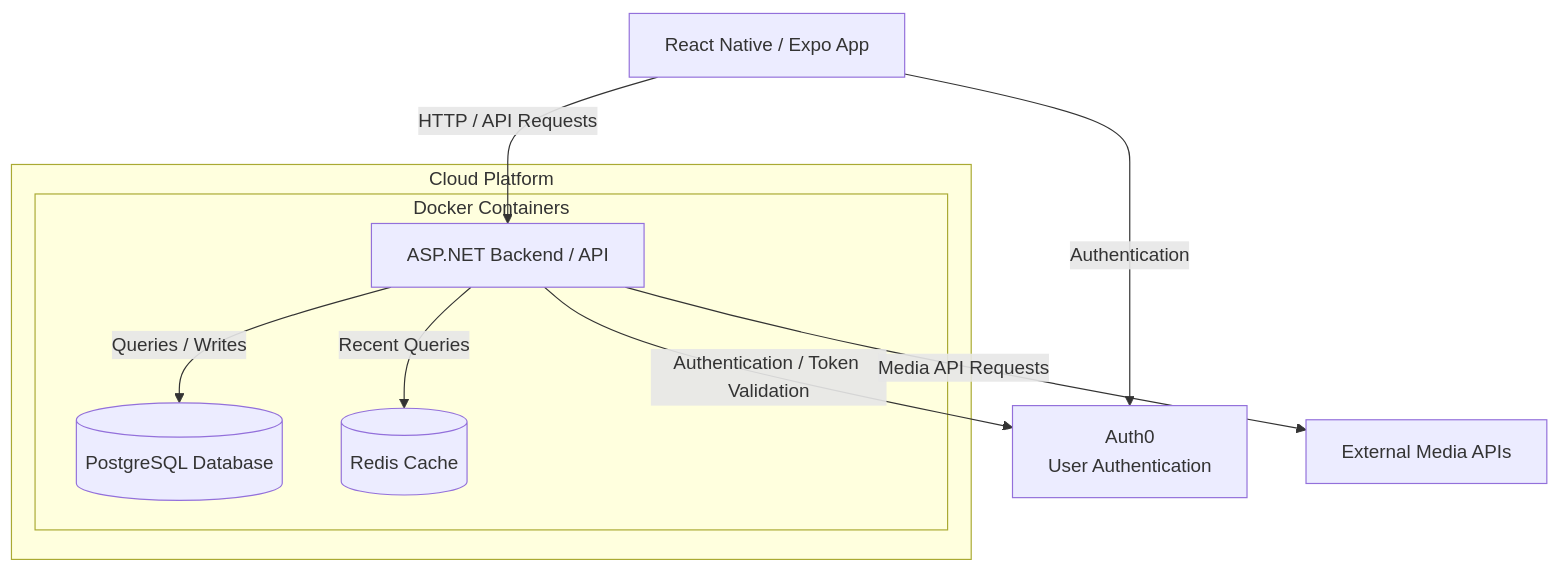
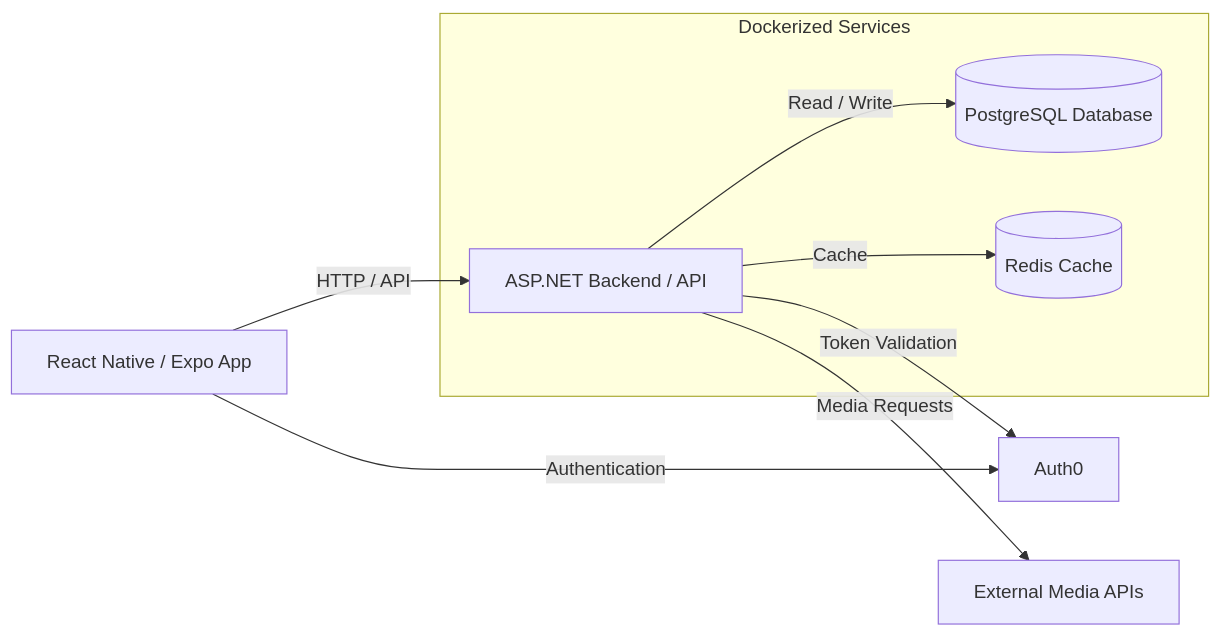
The diagram in Docs/sprint0.md (ArionKennedy/COMP4350Project), drawn with Mermaid before and after one commit.

Commit message:
Refine architecture diagram for clarity

````diff
--- a/Docs/sprint0.md
+++ b/Docs/sprint0.md
@@ -143,22 +143,20 @@
 ```mermaid
-flowchart TD
+flowchart LR
     A[React Native / Expo App]
-
-    subgraph Cloud["Cloud Platform"]
-        subgraph Docker["Docker Containers"]
-            B[ASP.NET Backend / API]
-            C[(PostgreSQL Database)]
-            D[(Redis Cache)]
-        end
+    
+    subgraph Docker["Dockerized Services"]
+        B[ASP.NET Backend / API]
+        C[(PostgreSQL Database)]
+        D[(Redis Cache)]
     end
-
-    E[Auth0<br/>User Authentication]
+    
+    E[Auth0]
     F[External Media APIs]
-
-    A -->|HTTP / API Requests| B
-    B -->|Queries / Writes| C
-    B -->|Recent Queries| D
+    
+    A -->|HTTP / API| B
+    B -->|Read / Write| C
+    B -->|Cache| D
     A -->|Authentication| E
-    B -->|Authentication / Token Validation| E
-    B -->|Media API Requests| F
+    B -->|Token Validation| E
+    B -->|Media Requests| F
 ```
````
